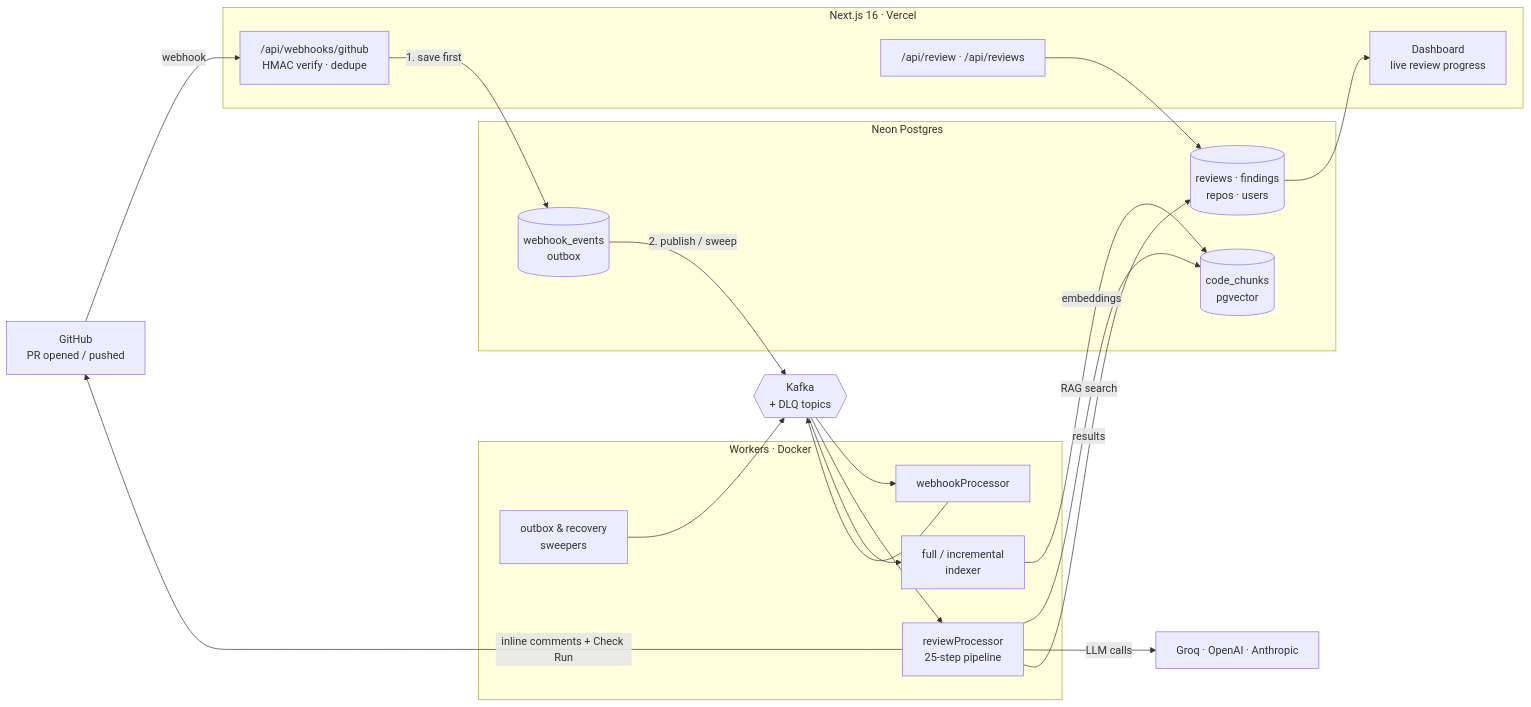
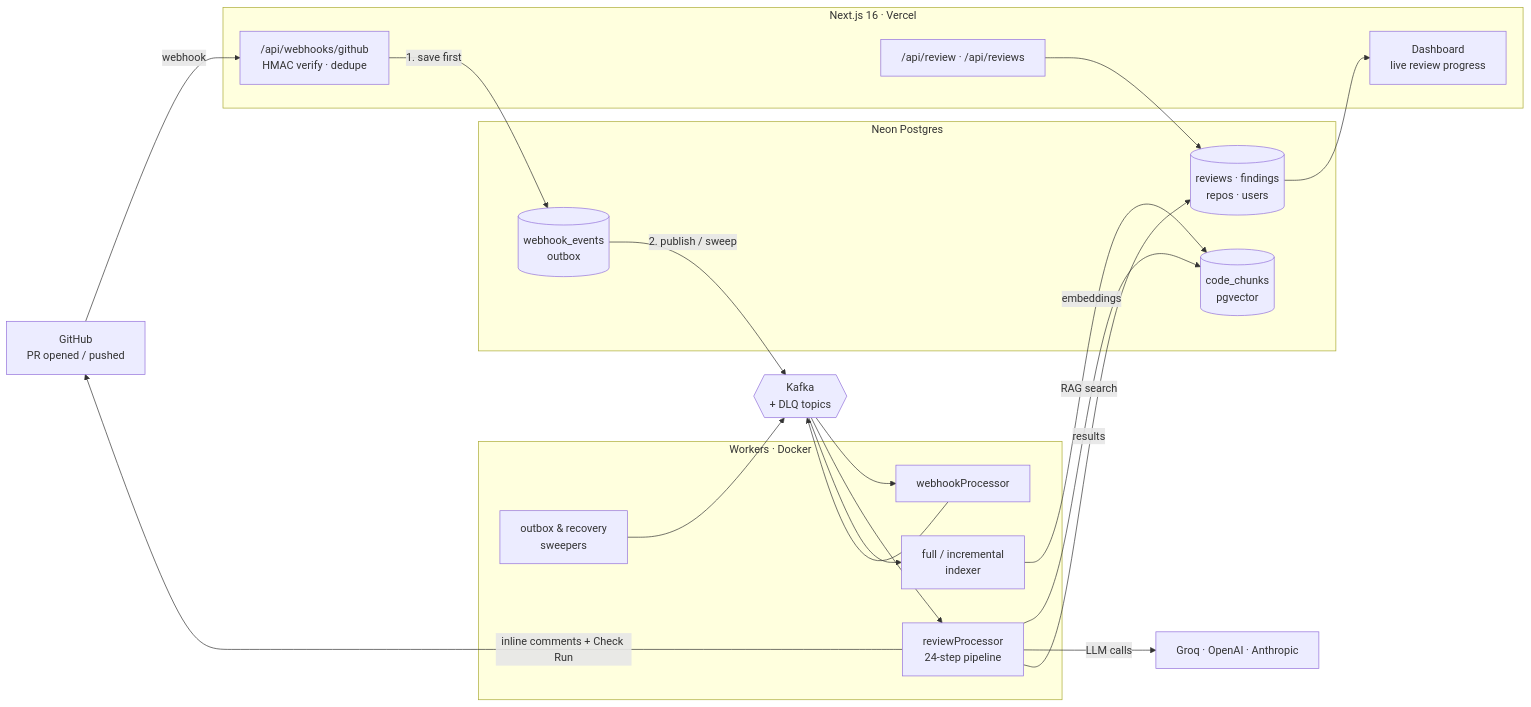
One commit to GOURAVSINGH19/Codeguard-Ai changed the first of 2 diagrams in README.md. Above: the diagram before and after it, drawn with Mermaid. The commit also changed other lines of this file and 262 other files, not shown here.

````diff
--- a/README.md
+++ b/README.md
@@ -65,39 +74,39 @@
 ```mermaid
 flowchart LR
     GH[GitHub<br/>PR opened / pushed] -- webhook --> WH
 
     subgraph Vercel["Next.js 16 · Vercel"]
         UI[Dashboard<br/>live review progress]
         WH["/api/webhooks/github<br/>HMAC verify · dedupe"]
         API["/api/review · /api/reviews"]
     end
 
     WH -- 1. save first --> OB[(webhook_events<br/>outbox)]
     API --> PG
 
     subgraph Data["Neon Postgres"]
         OB
         PG[(reviews · findings<br/>repos · users)]
         VEC[(code_chunks<br/>pgvector)]
     end
 
     OB -- 2. publish / sweep --> K{{Kafka<br/>+ DLQ topics}}
 
     subgraph Workers["Workers · Docker"]
         WP[webhookProcessor]
-        RP[reviewProcessor<br/>25-step pipeline]
+        RP[reviewProcessor<br/>24-step pipeline]
         IX[full / incremental<br/>indexer]
         SW[outbox & recovery<br/>sweepers]
     end
 
     K --> WP --> K
     K --> RP
     K --> IX
     SW --> K
     IX -- embeddings --> VEC
     RP -- RAG search --> VEC
     RP -- LLM calls --> LLM[Groq · OpenAI · Anthropic]
     RP -- results --> PG
     RP -- inline comments + Check Run --> GH
     PG --> UI
 ```
````
